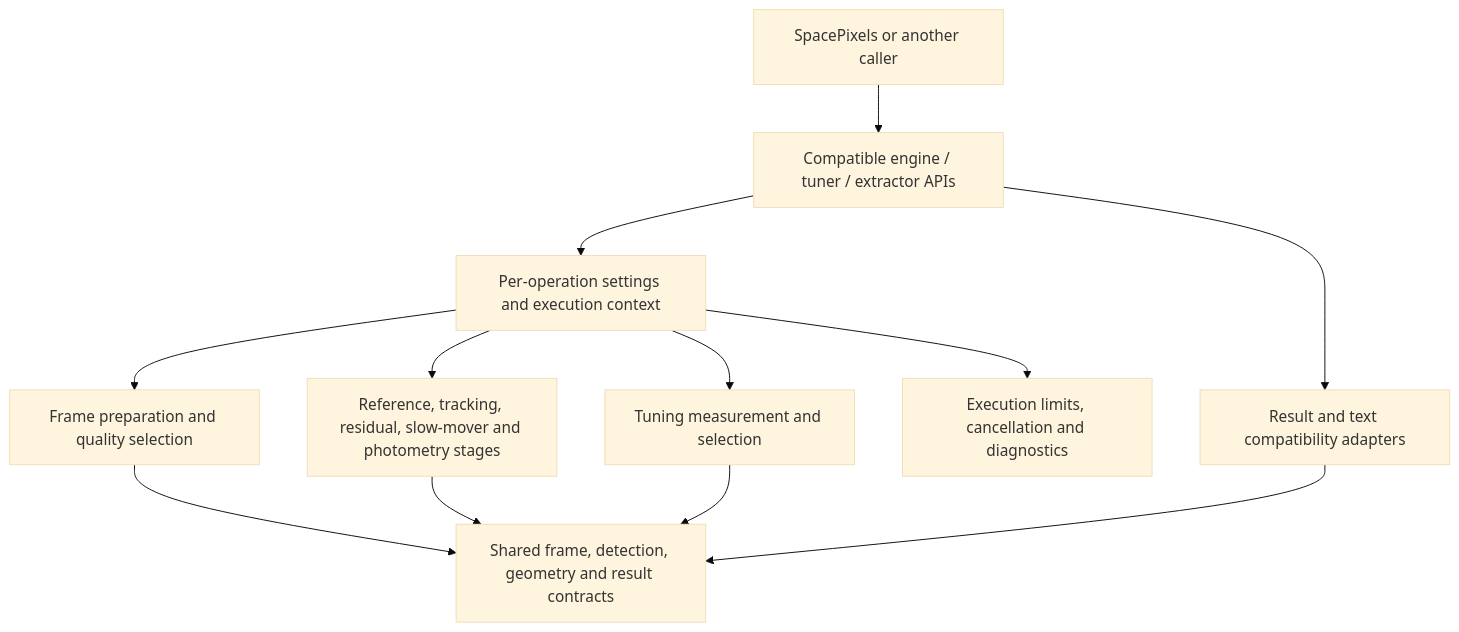
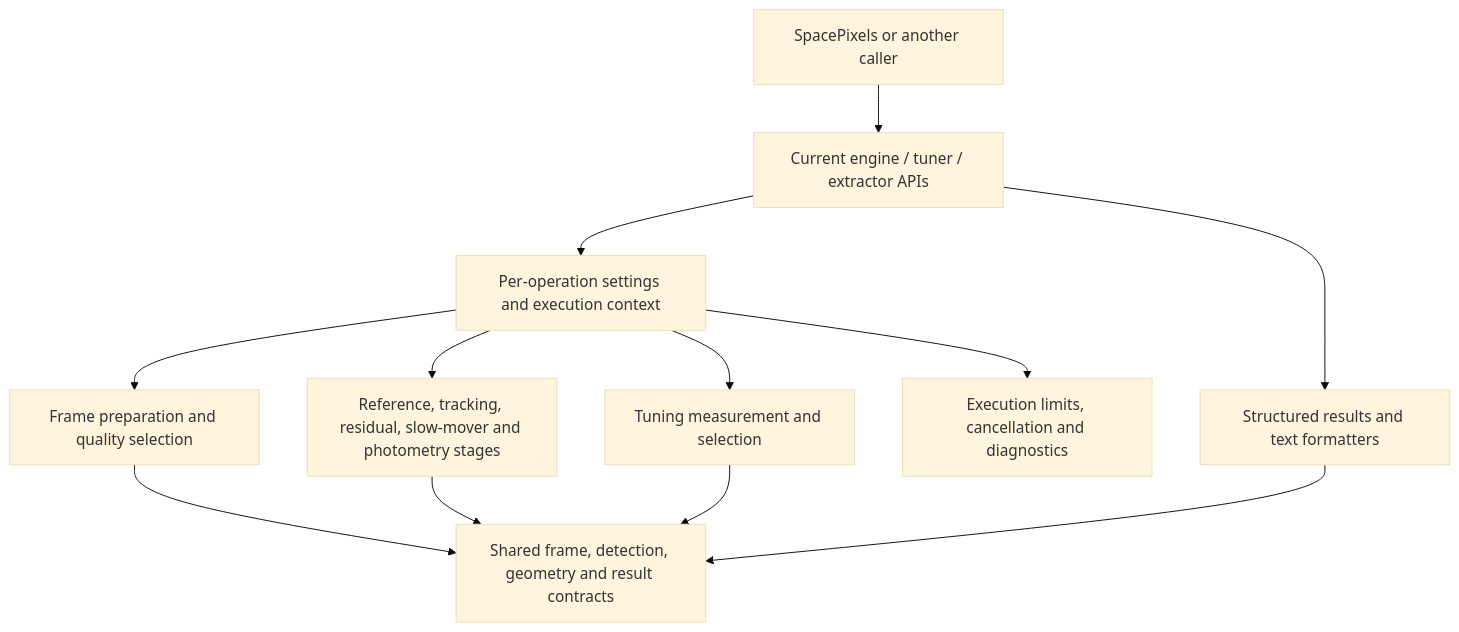
One commit to ppissias/JTransient changed the diagram in DESIGN-IMPROVEMENTS.md. Above: the diagram before and after it, drawn with Mermaid (base theme). The commit also changed other lines of this file and 2 other files, not shown here.

First line of the commit message:
Explain architecture changes and adopt coordinated release policy

````diff
--- a/DESIGN-IMPROVEMENTS.md
+++ b/DESIGN-IMPROVEMENTS.md
@@ -271,14 +265,14 @@
 ```mermaid
 flowchart TD
-    Caller[SpacePixels or another caller] --> API[Compatible engine / tuner / extractor APIs]
+    Caller[SpacePixels or another caller] --> API[Current engine / tuner / extractor APIs]
     API --> Run[Per-operation settings and execution context]
     Run --> Prep[Frame preparation and quality selection]
     Run --> Stages[Reference, tracking, residual, slow-mover and photometry stages]
     Run --> Tune[Tuning measurement and selection]
     Prep --> Model[Shared frame, detection, geometry and result contracts]
     Stages --> Model
     Tune --> Model
     Run --> Exec[Execution limits, cancellation and diagnostics]
-    API --> Views[Result and text compatibility adapters]
+    API --> Views[Structured results and text formatters]
     Views --> Model
 ```
````
